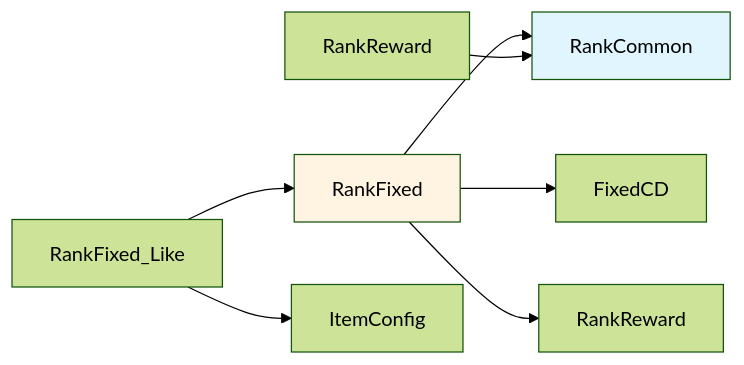
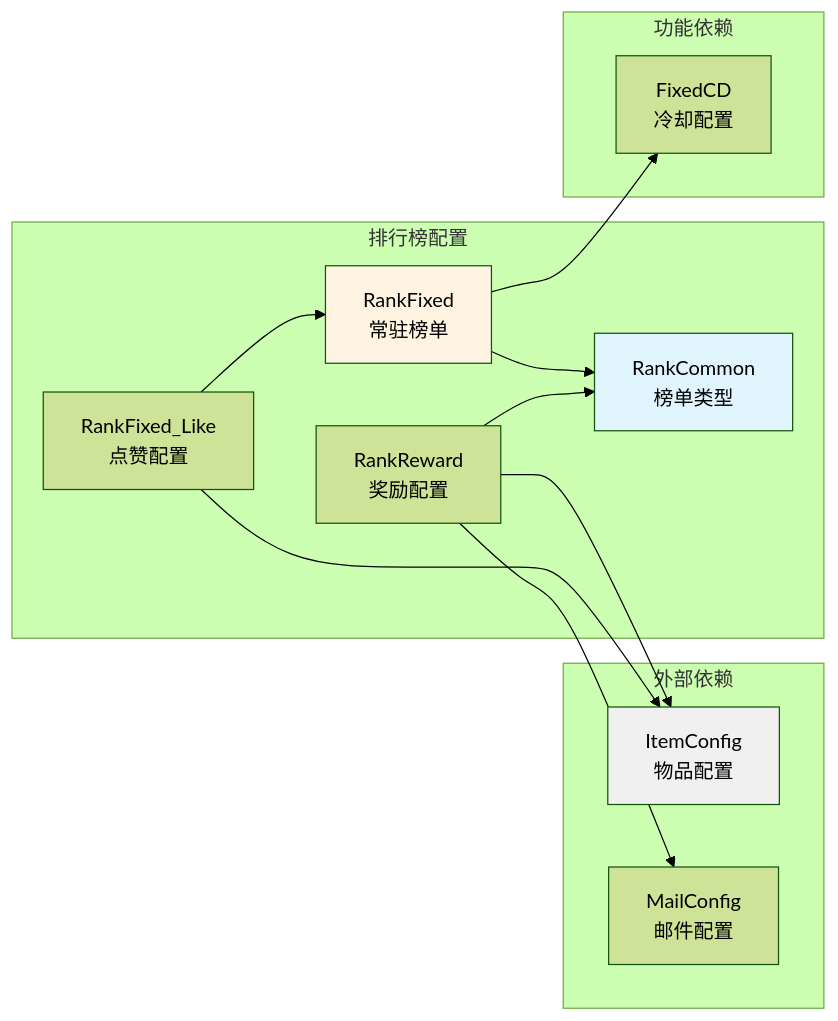
Before and after one commit to Alan-Ben/k2c_game_framework: the second of 2 diagrams in docs/Module_Rank/01_数据配表.md, drawn with Mermaid (forest theme). The commit also changed other lines of this file and 10 other files, not shown here.

Commit message:
docs: 完善 Consort/Mail/Rank 模块文档 - mermaid图、代码示例、完整字段列表

````diff
--- a/docs/Module_Rank/01_数据配表.md
+++ b/docs/Module_Rank/01_数据配表.md
@@ -334,14 +554,30 @@
 ```mermaid
 graph LR
-    A[RankFixed] --> B[RankCommon]
-    A --> C[FixedCD]
-    A --> D[RankReward]
+    subgraph 外部依赖
+        A[ItemConfig<br/>物品配置]
+        B[MailConfig<br/>邮件配置]
+    end
 
-    E[RankReward] --> B
+    subgraph 排行榜配置
+        C[RankFixed<br/>常驻榜单]
+        D[RankCommon<br/>榜单类型]
+        E[RankReward<br/>奖励配置]
+        F[RankFixed_Like<br/>点赞配置]
+    end
 
-    F[RankFixed_Like] --> A
-    F --> G[ItemConfig]
+    subgraph 功能依赖
+        G[FixedCD<br/>冷却配置]
+    end
 
-    style A fill:#fff4e1
-    style B fill:#e1f5ff
+    C --> D
+    C --> G
+    E --> D
+    E --> A
+    E --> B
+    F --> C
+    F --> A
+
+    style C fill:#fff4e1
+    style D fill:#e1f5ff
+    style A fill:#f0f0f0
 ```
````
